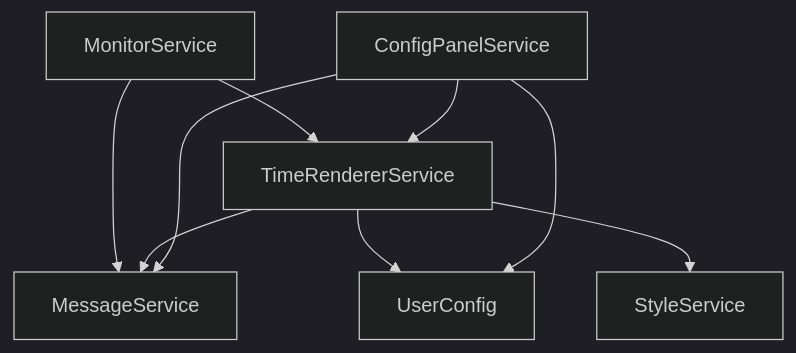
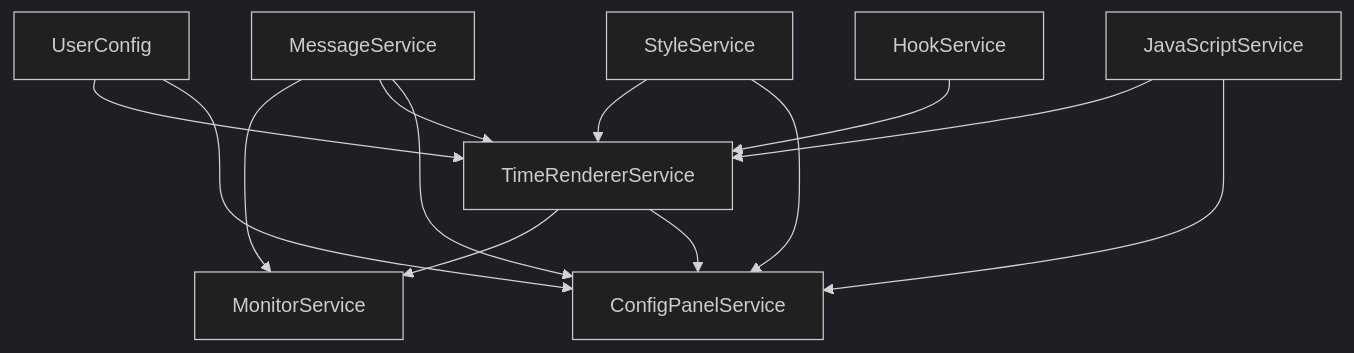
One commit to jiang-taibai/chatgpt-with-date changed the first of 2 diagrams in README.md. Above: the diagram before and after it, drawn with Mermaid (dark theme). The commit also changed other lines of this file and 1 other file, not shown here.

````diff
--- a/README.md
+++ b/README.md
@@ -240,17 +442,24 @@
 ```mermaid
 graph TD
+;
+    UserConfig --> TimeRendererService;
+    UserConfig --> ConfigPanelService;
+    StyleService --> TimeRendererService;
+    StyleService --> ConfigPanelService;
+    MessageService --> MonitorService;
+    MessageService --> TimeRendererService;
+    MessageService --> ConfigPanelService;
+    TimeRendererService --> MonitorService;
+    TimeRendererService --> ConfigPanelService;
+    JavaScriptService --> TimeRendererService;
+    JavaScriptService --> ConfigPanelService;
+    HookService --> TimeRendererService;
     UserConfig[UserConfig]
     StyleService[StyleService]
     MessageService[MessageService]
     MonitorService[MonitorService]
     TimeRendererService[TimeRendererService]
     ConfigPanelService[ConfigPanelService]
-    MonitorService --> MessageService
-    MonitorService --> TimeRendererService
-    TimeRendererService --> MessageService
-    TimeRendererService --> UserConfig
-    TimeRendererService --> StyleService
-    ConfigPanelService --> UserConfig
-    ConfigPanelService --> TimeRendererService
-    ConfigPanelService --> MessageService
+    JavaScriptService[JavaScriptService]
+    HookService[HookService]
 ```
````
